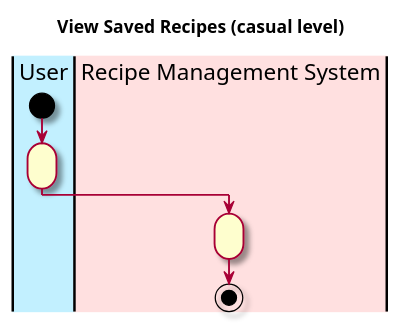
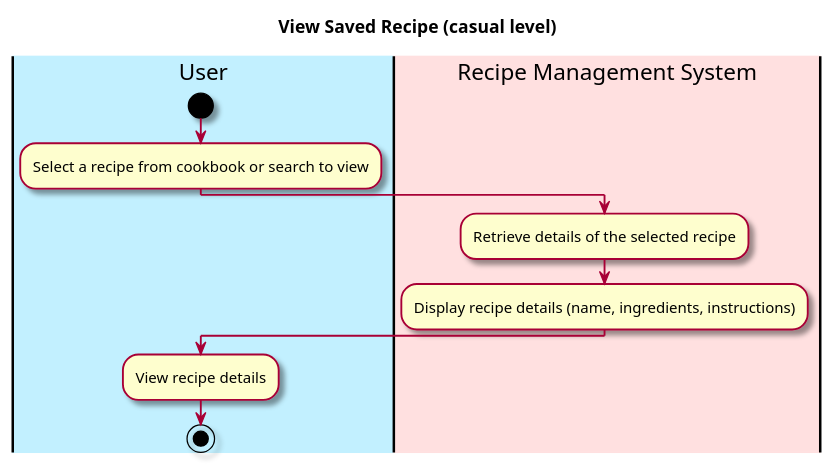
Before and after one commit to berthashipper/Pantry-Pal-Android-Application: the diagram in intellij/doc/use-cases/view_saved_recipes.md, drawn with PlantUML. The commit also changed other lines of this file and 1 other file, not shown here.

Commit message:
Wrote view_saved_recipes use case

````diff
--- a/intellij/doc/use-cases/view_saved_recipes.md
+++ b/intellij/doc/use-cases/view_saved_recipes.md
@@ -29,21 +26,24 @@
 ```plantuml
 @startuml
 
 skin rose
 
-title View Saved Recipes (casual level)
+title View Saved Recipe (casual level)
 
 'define the lanes
 |#application|User|
 |#implementation|Recipe Management System|
 
 |User|
 start
-:;
+:Select a recipe from cookbook or search to view;
+|Recipe Management System|
+:Retrieve details of the selected recipe;
+:Display recipe details (name, ingredients, instructions);
 
-|Recipe Management System|
-:;
+|User|
+:View recipe details;
 
 stop
 @enduml
 ```
````
